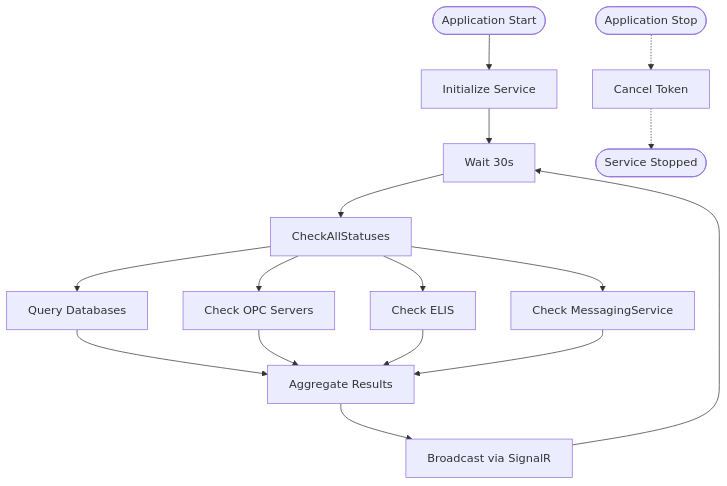
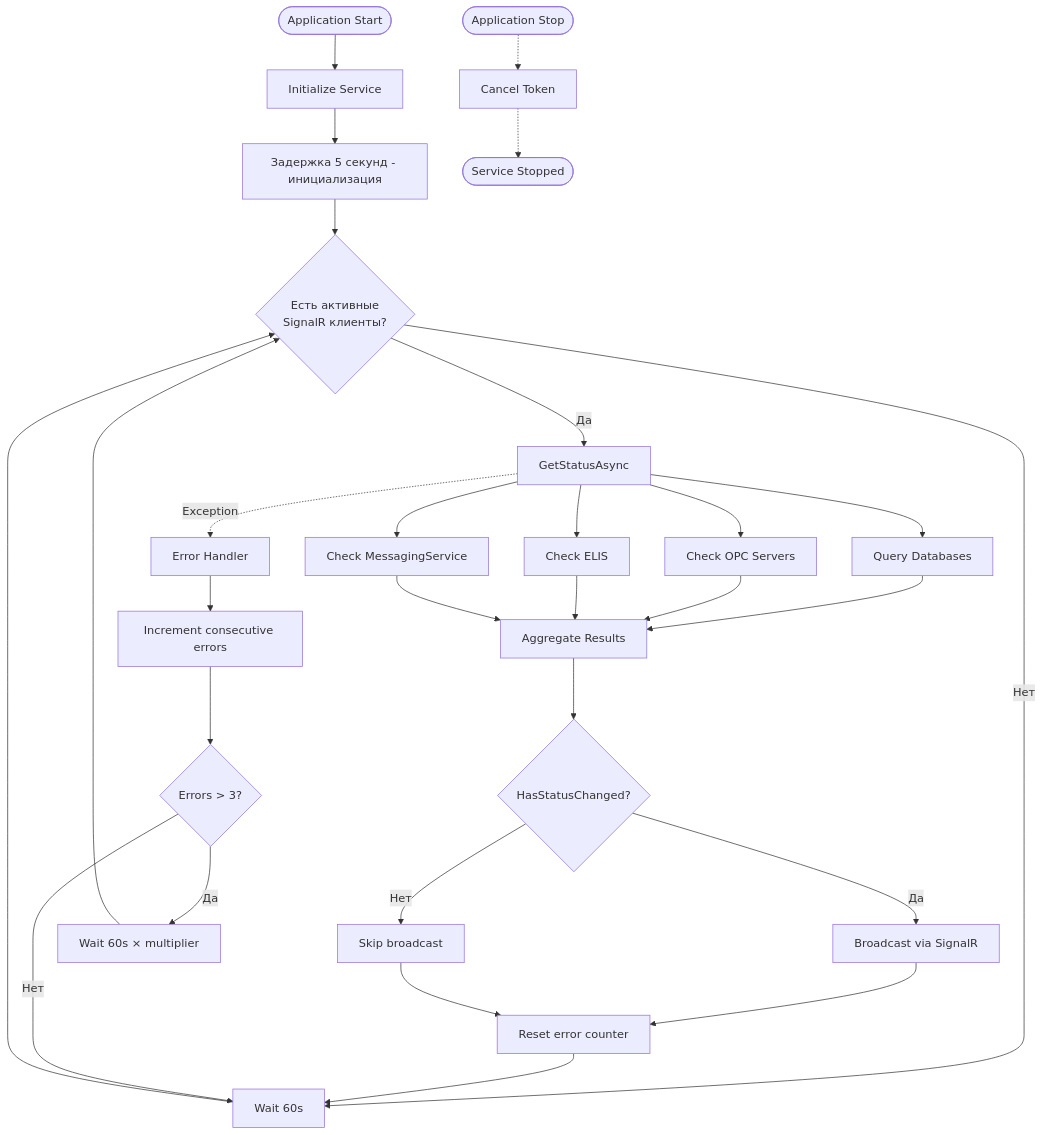
The seventh of 14 diagrams in docs/architecture/statusbar.md (tn-ivk/tn-doc), drawn with Mermaid before and after one commit. The commit also changed other lines of this file and 12 other files, not shown here.

````diff
--- a/docs/architecture/statusbar.md
+++ b/docs/architecture/statusbar.md
@@ -235,22 +407,39 @@
 ```mermaid
 flowchart TD
     Start([Application Start]) --> Init[Initialize Service]
-    Init --> Wait[Wait 30s]
-    Wait --> Check[CheckAllStatuses]
+    Init --> Delay[Задержка 5 секунд - инициализация]
+    Delay --> CheckClients{Есть активные<br/>SignalR клиенты?}
+
+    CheckClients -->|Нет| Wait[Wait 60s]
+    CheckClients -->|Да| Check[GetStatusAsync]
 
     Check --> QueryDB[Query Databases]
     Check --> QueryOPC[Check OPC Servers]
     Check --> QueryELIS[Check ELIS]
     Check --> QueryMS[Check MessagingService]
 
     QueryDB --> Aggregate[Aggregate Results]
     QueryOPC --> Aggregate
     QueryELIS --> Aggregate
     QueryMS --> Aggregate
 
-    Aggregate --> Broadcast[Broadcast via SignalR]
-    Broadcast --> Wait
+    Aggregate --> Compare{HasStatusChanged?}
+    Compare -->|Да| Broadcast[Broadcast via SignalR]
+    Compare -->|Нет| Skip[Skip broadcast]
+
+    Broadcast --> ResetErrors[Reset error counter]
+    Skip --> ResetErrors
+
+    ResetErrors --> Wait
+    Wait --> CheckClients
 
     Stop([Application Stop]) -.-> Cancel[Cancel Token]
     Cancel -.-> End([Service Stopped])
+
+    Check -.->|Exception| ErrorHandler[Error Handler]
+    ErrorHandler --> IncrementErrors[Increment consecutive errors]
+    IncrementErrors --> CheckErrorCount{Errors > 3?}
+    CheckErrorCount -->|Да| ExtendedWait[Wait 60s × multiplier]
+    CheckErrorCount -->|Нет| Wait
+    ExtendedWait --> CheckClients
 ```
````
